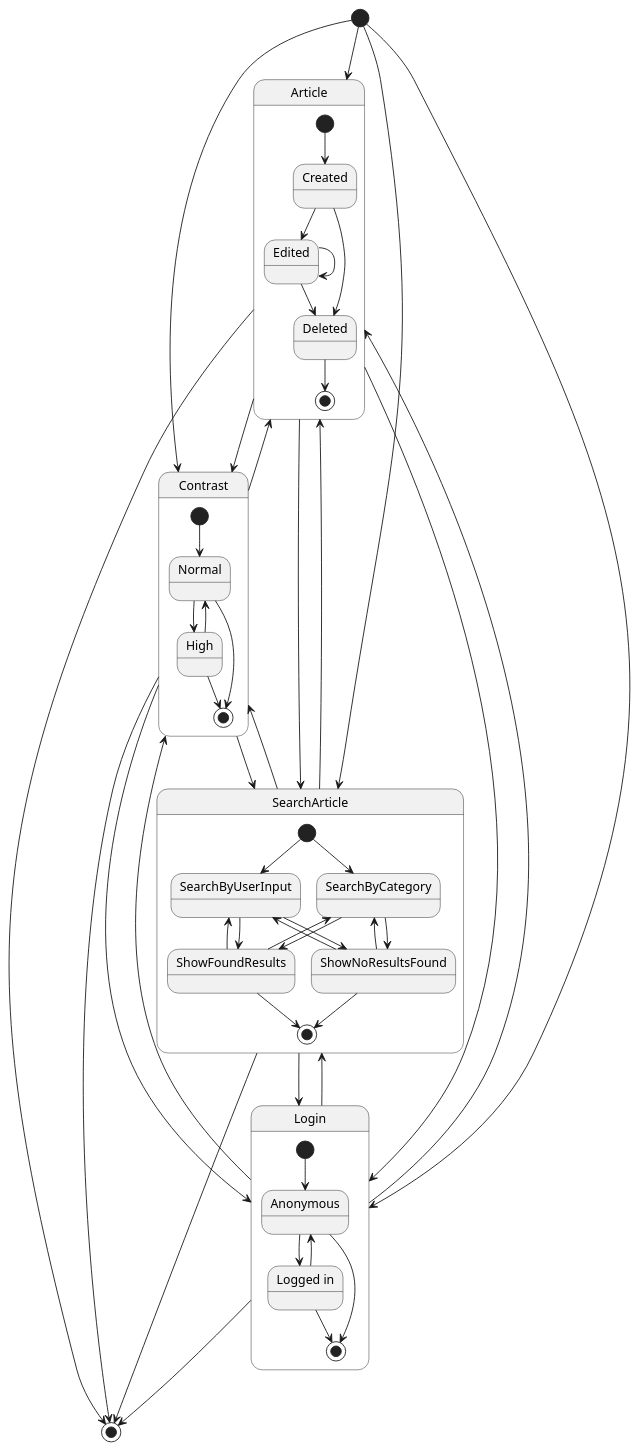
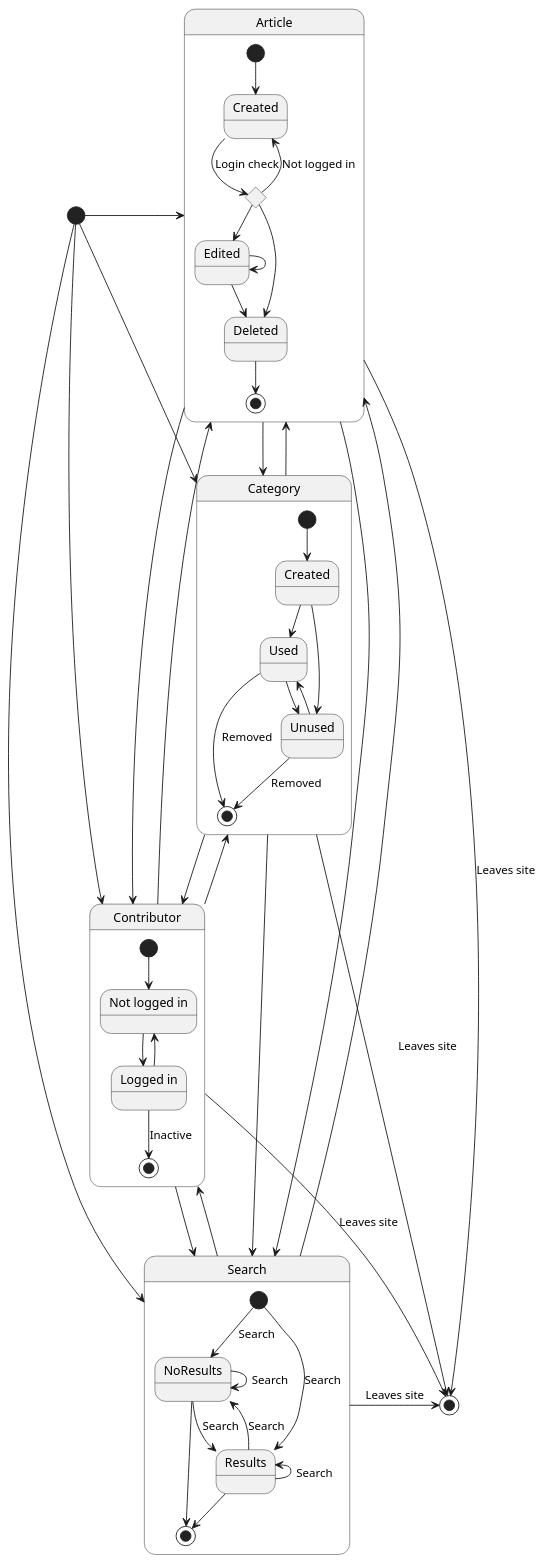
Before and after one commit to software-strijders/billy: the diagram in documentation/uml/state/combined.plantuml, drawn with PlantUML. The commit also changed 1 other file, not shown here.

```diff
--- a/documentation/uml/state/combined.plantuml
+++ b/documentation/uml/state/combined.plantuml
@@ -1,93 +1,93 @@
 @startuml combined
 
 state Article {
   state "Created" as C
   state "Edited" as E 
   state "Deleted" as D
+  state loggedIn <<choice>>
 
   [*] --> C
 
-  C --> E
-  C --> D
+  C --> loggedIn : Login check
+  loggedIn --> C : Not logged in
+  
+  loggedIn --> E
+  loggedIn --> D
   
   E --> E
   E --> D
   
   D --> [*]
 }
 
-state Contrast {
-  state "Normal" as N
-  state "High" as H
+state Category {
+  state "Created" as cr
+  state "Used" as us
+  state "Unused" as un
+  
+  [*] --> cr
+  
+  cr --> us
+  cr --> un
+  
+  us --> un
+  us --> [*] : Removed
+  
+  un --> us
+  un --> [*] : Removed
+}
+
+state Contributor {
+  state "Not logged in" as N
+  state "Logged in" as L
 
   [*] --> N
   
-  N --> H
-  H --> N
-
-  N --> [*]  
-  H --> [*]
+  N --> L
+  
+  L --> N
+  L --> [*] : Inactive
 }
 
-state SearchArticle {
-  state "SearchByCategory" as SBC
-  state "SearchByUserInput" as SBUI
-  state "ShowFoundResults" as SFR
-  state "ShowNoResultsFound" as SNFR
+state Search {
+  state "Results" as R
+  state "NoResults" as NR
   
-  [*] --> SBC
-  [*] --> SBUI
+  [*] --> R : Search
+  [*] --> NR : Search
   
-  SBUI --> SFR
-  SBC --> SFR
+  R -left-> R : Search
+  R -left-> NR : Search
   
-  SFR -left-> SBC 
-  SFR -left-> SBUI
+  NR --> NR : Search
+  NR --> R : Search
   
-  SBC --> SNFR
-  SBUI --> SNFR
-  
-  SNFR -left-> SBC
-  SNFR -left-> SBUI
-  
-  SFR --> [*]
-  SNFR --> [*]
+  R --> [*]
+  NR --> [*]
 }
 
-state Login {
-    state "Anonymous" as A
-    state "Logged in" as L
+[*] -right-> Article
+[*] -right-> Category
+[*] -right-> Contributor
+[*] -right-> Search
 
-    [*] --> A
-    A --> L
-    L --> A
-    L --> [*]
-    A --> [*]
-}
+Article --> Category
+Article --> Contributor
+Article --> Search
+Article -right-> [*] : Leaves site
 
-[*] --> Article
-[*] --> Contrast
-[*] --> Login
-[*] --> SearchArticle
+Category --> Article
+Category --> Contributor
+Category --> Search
+Category -right-> [*] : Leaves site
 
-Article --> SearchArticle
-Article --> Contrast
-Article --> Login
-Article --> [*]
+Contributor --> Article
+Contributor --> Category
+Contributor --> Search
+Contributor -right-> [*] : Leaves site
 
-SearchArticle --> Article
-SearchArticle --> Contrast
-SearchArticle --> Login
-SearchArticle --> [*]
-
-Contrast --> Article
-Contrast --> SearchArticle
-Contrast --> Login
-Contrast --> [*]
-
-Login --> Article
-Login --> SearchArticle
-Login --> Contrast
-Login --> [*]
+Search --> Article
+Search --> Contributor
+Search -right-> [*] : Leaves site
 
 @enduml
```
